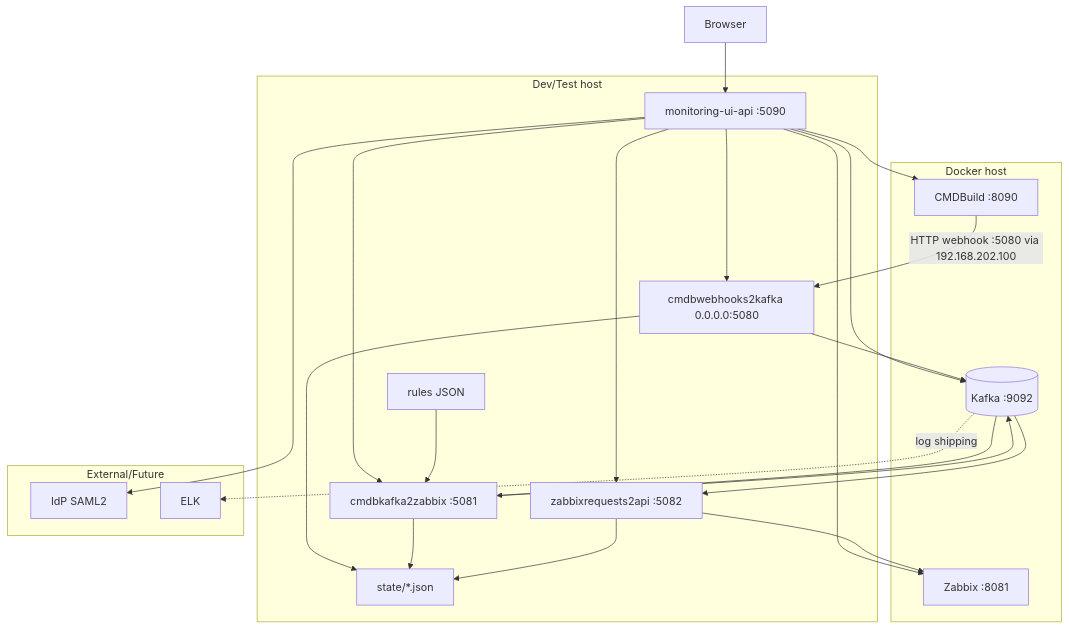
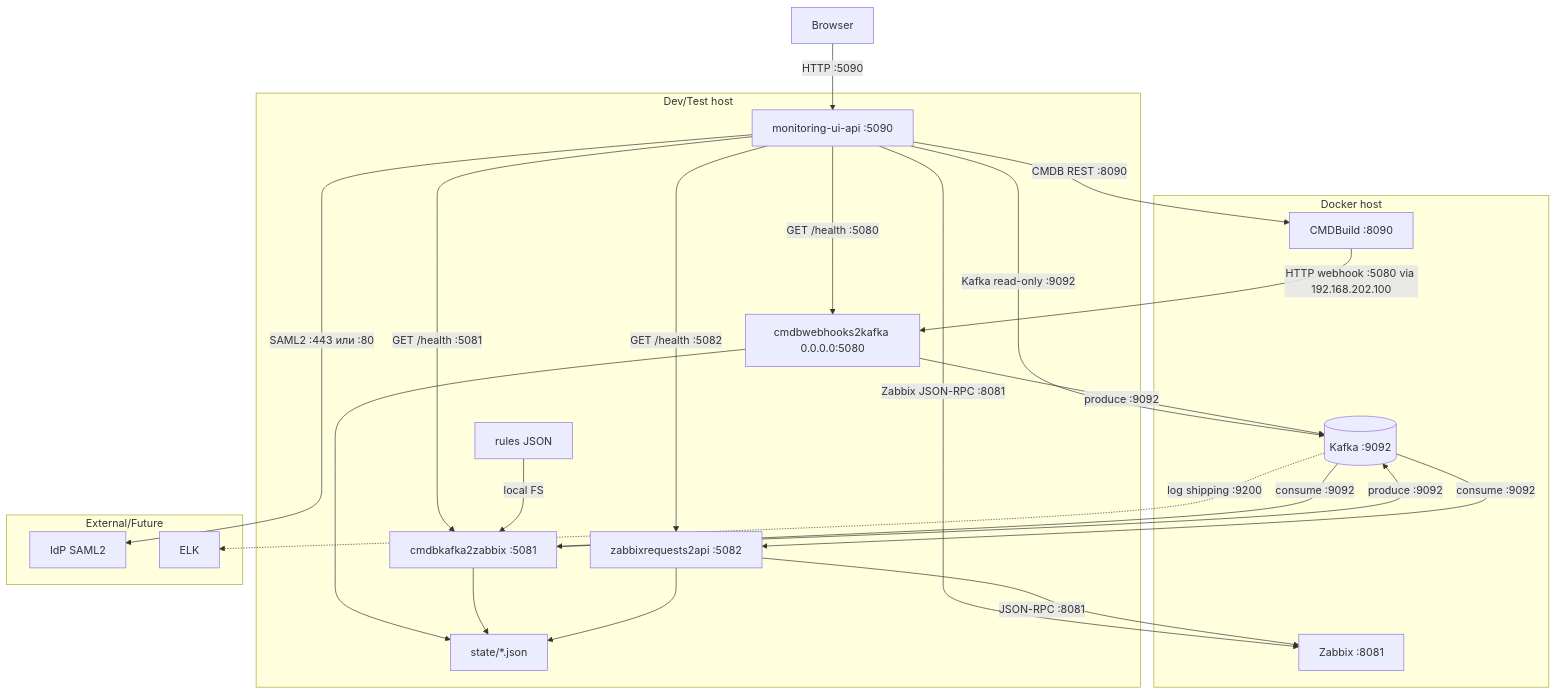
Before and after one commit to igorlyapin-max/cmdb2monitoring: the diagram in aa/deployment-test.mmd, drawn with Mermaid. The commit also changed 11 other files, not shown here.

Commit message:
Update architecture artifacts from aa requirements

```diff
--- a/aa/deployment-test.mmd
+++ b/aa/deployment-test.mmd
@@ -1,40 +1,40 @@
 flowchart TB
     subgraph devhost[Dev/Test host]
         monui[monitoring-ui-api :5090]
         wh[cmdbwebhooks2kafka 0.0.0.0:5080]
         conv[cmdbkafka2zabbix :5081]
         api[zabbixrequests2api :5082]
         rules[rules JSON]
         state[state/*.json]
     end
 
     subgraph docker[Docker host]
         kafka[(Kafka :9092)]
         cmdb[CMDBuild :8090]
         zbx[Zabbix :8081]
     end
 
     subgraph external[External/Future]
         idp[IdP SAML2]
         elk[ELK]
     end
 
-    browser[Browser] --> monui
-    monui --> idp
-    monui --> cmdb
-    monui --> zbx
-    monui --> kafka
-    monui --> wh
-    monui --> conv
-    monui --> api
+    browser[Browser] -->|HTTP :5090| monui
+    monui -->|SAML2 :443 или :80| idp
+    monui -->|CMDB REST :8090| cmdb
+    monui -->|Zabbix JSON-RPC :8081| zbx
+    monui -->|Kafka read-only :9092| kafka
+    monui -->|GET /health :5080| wh
+    monui -->|GET /health :5081| conv
+    monui -->|GET /health :5082| api
     cmdb -->|HTTP webhook :5080 via 192.168.202.100| wh
-    wh --> kafka
-    kafka --> conv
-    rules --> conv
-    conv --> kafka
-    kafka --> api
-    api --> zbx
+    wh -->|produce :9092| kafka
+    kafka -->|consume :9092| conv
+    rules -->|local FS| conv
+    conv -->|produce :9092| kafka
+    kafka -->|consume :9092| api
+    api -->|JSON-RPC :8081| zbx
     wh --> state
     conv --> state
     api --> state
-    kafka -. log shipping .-> elk
+    kafka -. log shipping :9200 .-> elk
```
